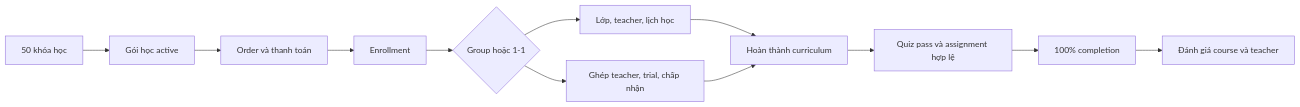
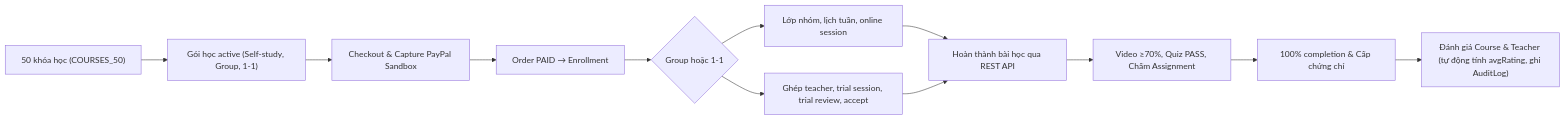
The diagram in database/gen_data/learner-lifecycle-plan.md (vutiendat2302/ai-personalized-lms), drawn with Mermaid before and after one commit. The commit also changed other lines of this file and 113 other files, not shown here.

````diff
--- a/database/gen_data/learner-lifecycle-plan.md
+++ b/database/gen_data/learner-lifecycle-plan.md
@@ -7,14 +7,14 @@
 ```mermaid
 flowchart LR
-    A["50 khóa học"] --> B["Gói học active"]
-    B --> C["Order và thanh toán"]
-    C --> D["Enrollment"]
+    A["50 khóa học (COURSES_50)"] --> B["Gói học active (Self-study, Group, 1-1)"]
+    B --> C["Checkout & Capture PayPal Sandbox"]
+    C --> D["Order PAID → Enrollment"]
     D --> E{"Group hoặc 1-1"}
-    E --> F["Lớp, teacher, lịch học"]
-    E --> G["Ghép teacher, trial, chấp nhận"]
-    F --> H["Hoàn thành curriculum"]
+    E --> F["Lớp nhóm, lịch tuần, online session"]
+    E --> G["Ghép teacher, trial session, trial review, accept"]
+    F --> H["Hoàn thành bài học qua REST API"]
     G --> H
-    H --> I["Quiz pass và assignment hợp lệ"]
-    I --> J["100% completion"]
-    J --> K["Đánh giá course và teacher"]
+    H --> I["Video ≥70%, Quiz PASS, Chấm Assignment"]
+    I --> J["100% completion & Cấp chứng chỉ"]
+    J --> K["Đánh giá Course & Teacher (tự động tính avgRating, ghi AuditLog)"]
 ```
````
